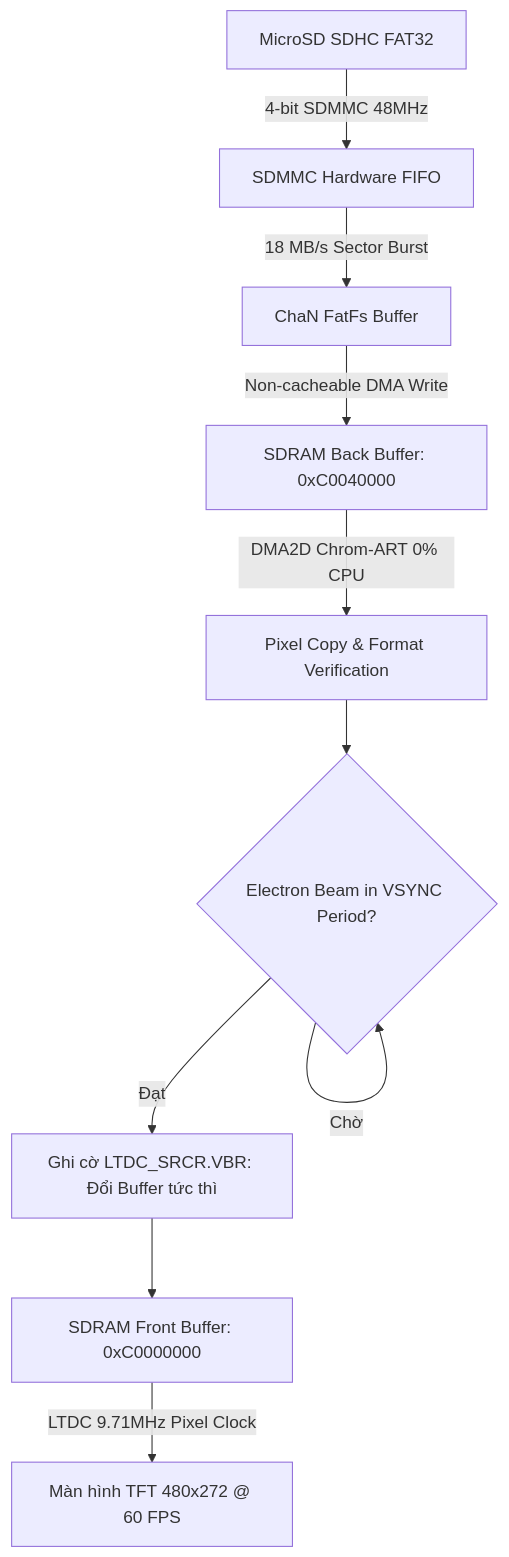
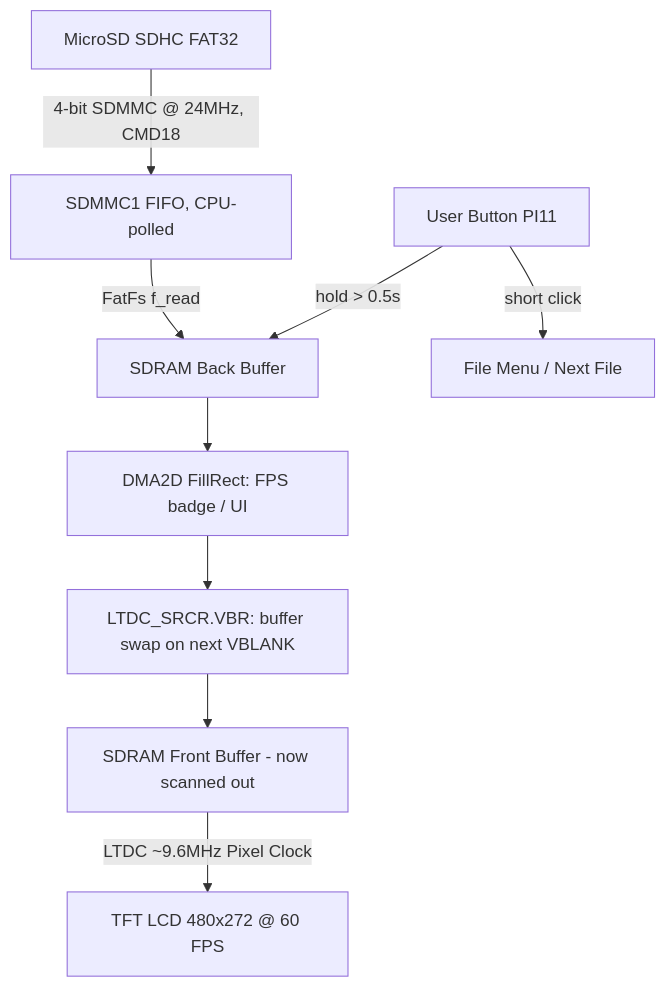
The diagram in README.md (HuynhTran112/stm32f7-baremetal-tft-sdhc), drawn with Mermaid before and after one commit. The commit also changed other lines of this file, not shown here.

````diff
--- a/README.md
+++ b/README.md
@@ -85,16 +101,14 @@
 ```mermaid
 flowchart TD
-    SDCard[MicroSD SDHC FAT32] -->|4-bit SDMMC 48MHz| FIFO[SDMMC Hardware FIFO]
-    FIFO -->|18 MB/s Sector Burst| FatFs[ChaN FatFs Buffer]
-    
-    FatFs -->|Non-cacheable DMA Write| BackBuffer[SDRAM Back Buffer: 0xC0040000]
-    
-    BackBuffer -->|DMA2D Chrom-ART 0% CPU| Blit[Pixel Copy & Format Verification]
-    
-    Blit --> VSyncCheck{Electron Beam in VSYNC Period?}
-    VSyncCheck -- Chờ --> VSyncCheck
-    VSyncCheck -- Đạt --> VBR[Ghi cờ LTDC_SRCR.VBR: Đổi Buffer tức thì]
-    
-    VBR --> FrontBuffer[SDRAM Front Buffer: 0xC0000000]
-    FrontBuffer -->|LTDC 9.71MHz Pixel Clock| LCD[Màn hình TFT 480x272 @ 60 FPS]
+    SDCard[MicroSD SDHC FAT32] -->|4-bit SDMMC @ 24MHz, CMD18| FIFO[SDMMC1 FIFO, CPU-polled]
+    FIFO -->|FatFs f_read| BackBuffer[SDRAM Back Buffer]
+
+    BackBuffer --> Overlay[DMA2D FillRect: FPS badge / UI]
+    Overlay --> VBR[LTDC_SRCR.VBR: buffer swap on next VBLANK]
+
+    VBR --> FrontBuffer[SDRAM Front Buffer - now scanned out]
+    FrontBuffer -->|LTDC ~9.6MHz Pixel Clock| LCD[TFT LCD 480x272 @ 60 FPS]
+
+    Button[User Button PI11] -->|short click| Menu[File Menu / Next File]
+    Button -->|hold > 0.5s| BackBuffer
 ```
````
